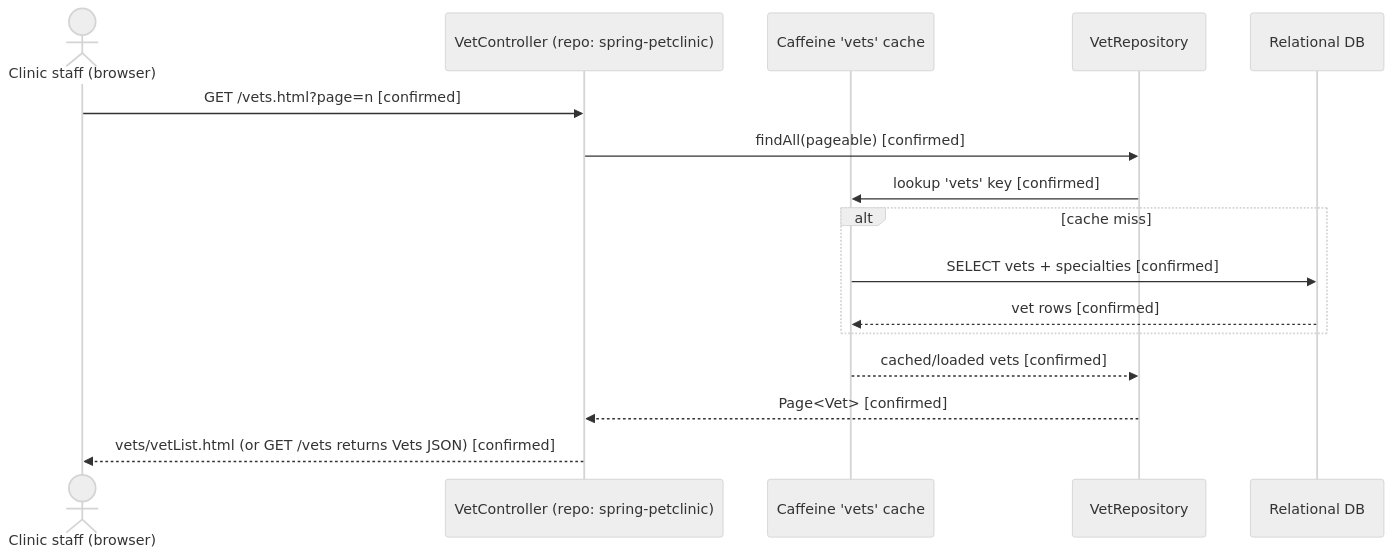
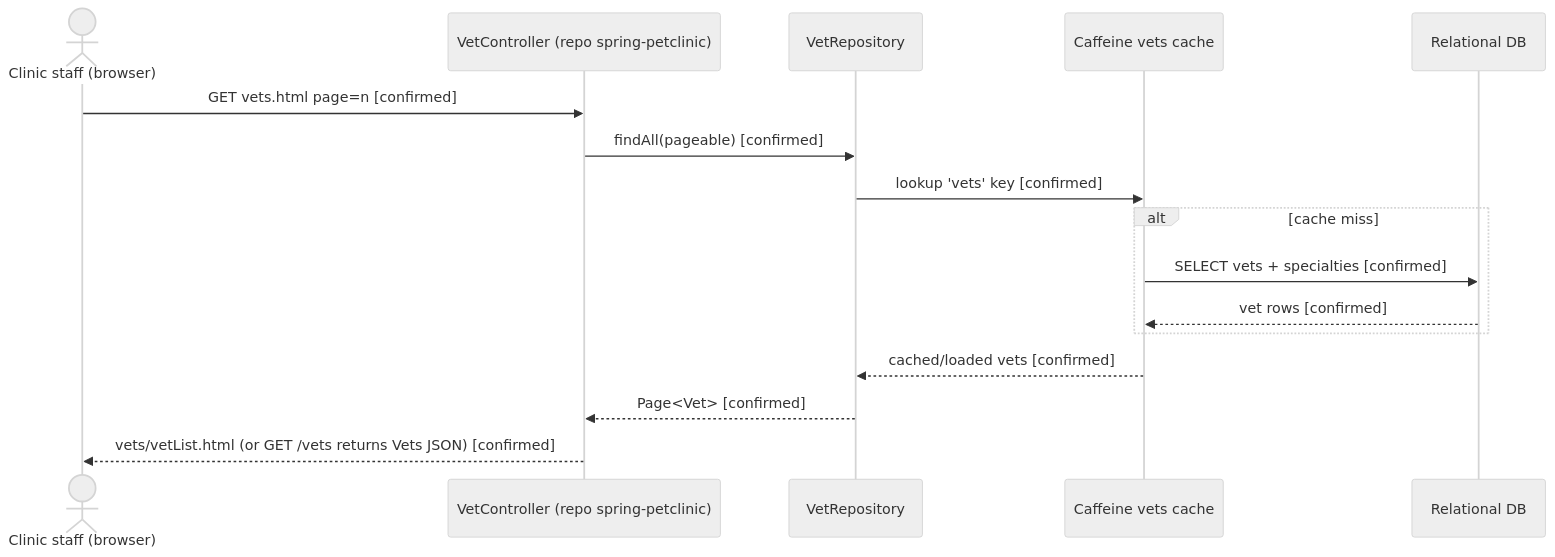
Before and after one commit to vinitsri/spring-petclinic: the fourth of 7 diagrams in docs/architecture-inventory/architecture-views.md, drawn with Mermaid (neutral theme). The commit also changed other lines of this file and 1 other file, not shown here.

First line of the commit message:
docs(architecture-inventory): fix Mermaid syntax and relocate CAKE conflict narrative

````diff
--- a/docs/architecture-inventory/architecture-views.md
+++ b/docs/architecture-inventory/architecture-views.md
@@ -95,19 +95,19 @@
 ```mermaid
 sequenceDiagram
     actor User as Clinic staff (browser)
-    participant VC as VetController (repo: spring-petclinic)
-    participant Cache as Caffeine 'vets' cache
+    participant VC as VetController (repo spring-petclinic)
     participant VR as VetRepository
+    participant Cache as Caffeine vets cache
     participant DB as Relational DB
 
-    User->>VC: GET /vets.html?page=n [confirmed]
+    User->>VC: GET vets.html page=n [confirmed]
     VC->>VR: findAll(pageable) [confirmed]
     VR->>Cache: lookup 'vets' key [confirmed]
     alt cache miss
         Cache->>DB: SELECT vets + specialties [confirmed]
         DB-->>Cache: vet rows [confirmed]
     end
     Cache-->>VR: cached/loaded vets [confirmed]
     VR-->>VC: Page<Vet> [confirmed]
     VC-->>User: vets/vetList.html (or GET /vets returns Vets JSON) [confirmed]
 ```
````
